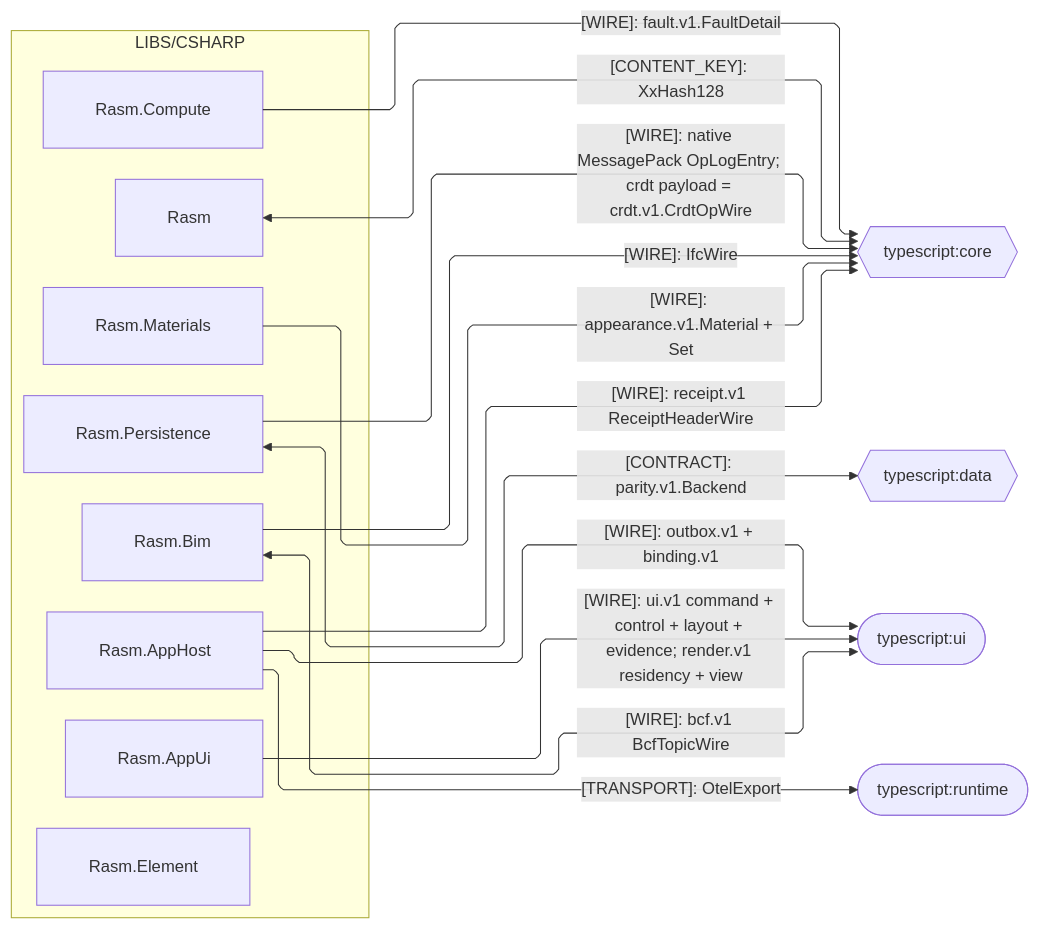
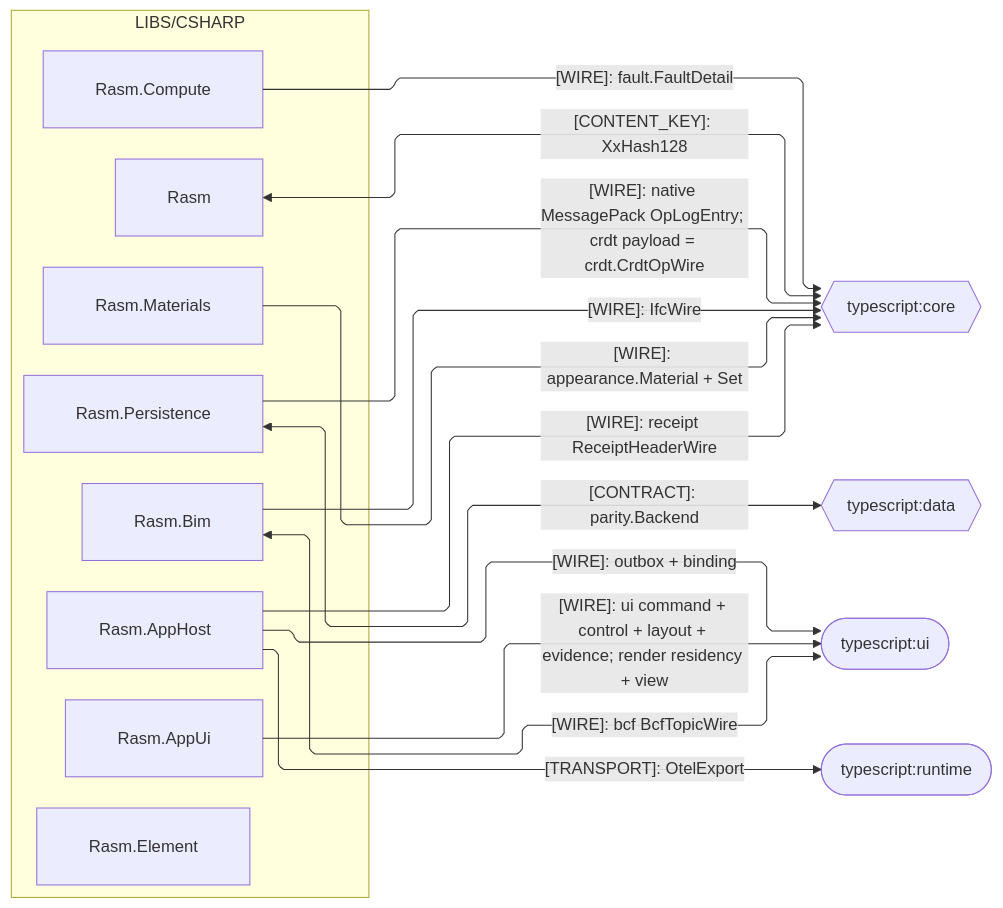
One commit to bsamiee/Rasm changed the third of 5 diagrams in libs/csharp/.planning/ARCHITECTURE.md. Above: the diagram before and after it, drawn with Mermaid. The commit also changed other lines of this file and 640 other files, not shown here.

````diff
--- a/libs/csharp/.planning/ARCHITECTURE.md
+++ b/libs/csharp/.planning/ARCHITECTURE.md
@@ -177,37 +177,37 @@
 ```mermaid
 ---
 config:
   layout: elk
   flowchart:
     curve: linear
     padding: 25
 ---
 flowchart LR
     accTitle: C# branch typescript seam registry
     accDescr: Which kinded wires the C# packages produce for the typescript core, data, runtime, and ui domains to decode.
     subgraph csharp[LIBS/CSHARP]
         Rasm[Rasm]
         Element[Rasm.Element]
         Persistence[Rasm.Persistence]
         Bim[Rasm.Bim]
         Materials[Rasm.Materials]
         Compute[Rasm.Compute]
         AppUi[Rasm.AppUi]
         AppHost[Rasm.AppHost]
     end
     TsCore{{typescript:core}}
     TsData{{typescript:data}}
     TsUi([typescript:ui])
     TsRuntime([typescript:runtime])
     Rasm e1@<-->|"[CONTENT_KEY]: XxHash128"| TsCore
-    Persistence e3@-->|"[WIRE]: native MessagePack OpLogEntry; crdt payload = crdt.v1.CrdtOpWire"| TsCore
+    Persistence e3@-->|"[WIRE]: native MessagePack OpLogEntry; crdt payload = crdt.CrdtOpWire"| TsCore
     Bim e4@-->|"[WIRE]: IfcWire"| TsCore
-    Bim e5@<-->|"[WIRE]: bcf.v1 BcfTopicWire"| TsUi
-    Materials e6@-->|"[WIRE]: appearance.v1.Material + Set"| TsCore
-    AppUi e7@-->|"[WIRE]: ui.v1 command + control + layout + evidence; render.v1 residency + view"| TsUi
-    AppHost e8@-->|"[WIRE]: receipt.v1 ReceiptHeaderWire"| TsCore
-    AppHost e9@-->|"[WIRE]: outbox.v1 + binding.v1"| TsUi
-    Persistence e10@<-->|"[CONTRACT]: parity.v1.Backend"| TsData
+    Bim e5@<-->|"[WIRE]: bcf BcfTopicWire"| TsUi
+    Materials e6@-->|"[WIRE]: appearance.Material + Set"| TsCore
+    AppUi e7@-->|"[WIRE]: ui command + control + layout + evidence; render residency + view"| TsUi
+    AppHost e8@-->|"[WIRE]: receipt ReceiptHeaderWire"| TsCore
+    AppHost e9@-->|"[WIRE]: outbox + binding"| TsUi
+    Persistence e10@<-->|"[CONTRACT]: parity.Backend"| TsData
     AppHost e11@-->|"[TRANSPORT]: OtelExport"| TsRuntime
-    Compute e12@-->|"[WIRE]: fault.v1.FaultDetail"| TsCore
+    Compute e12@-->|"[WIRE]: fault.FaultDetail"| TsCore
 ```
````
